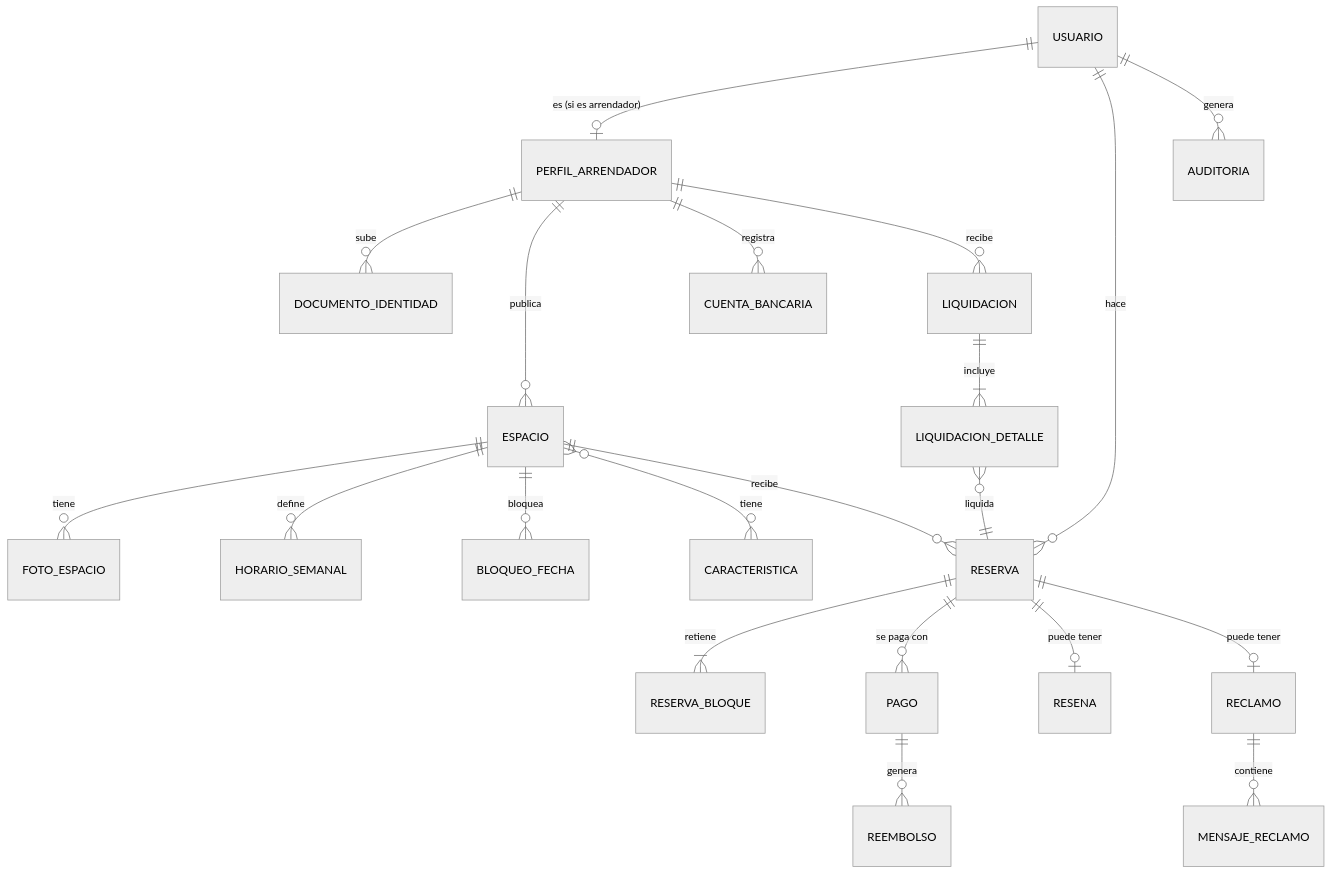
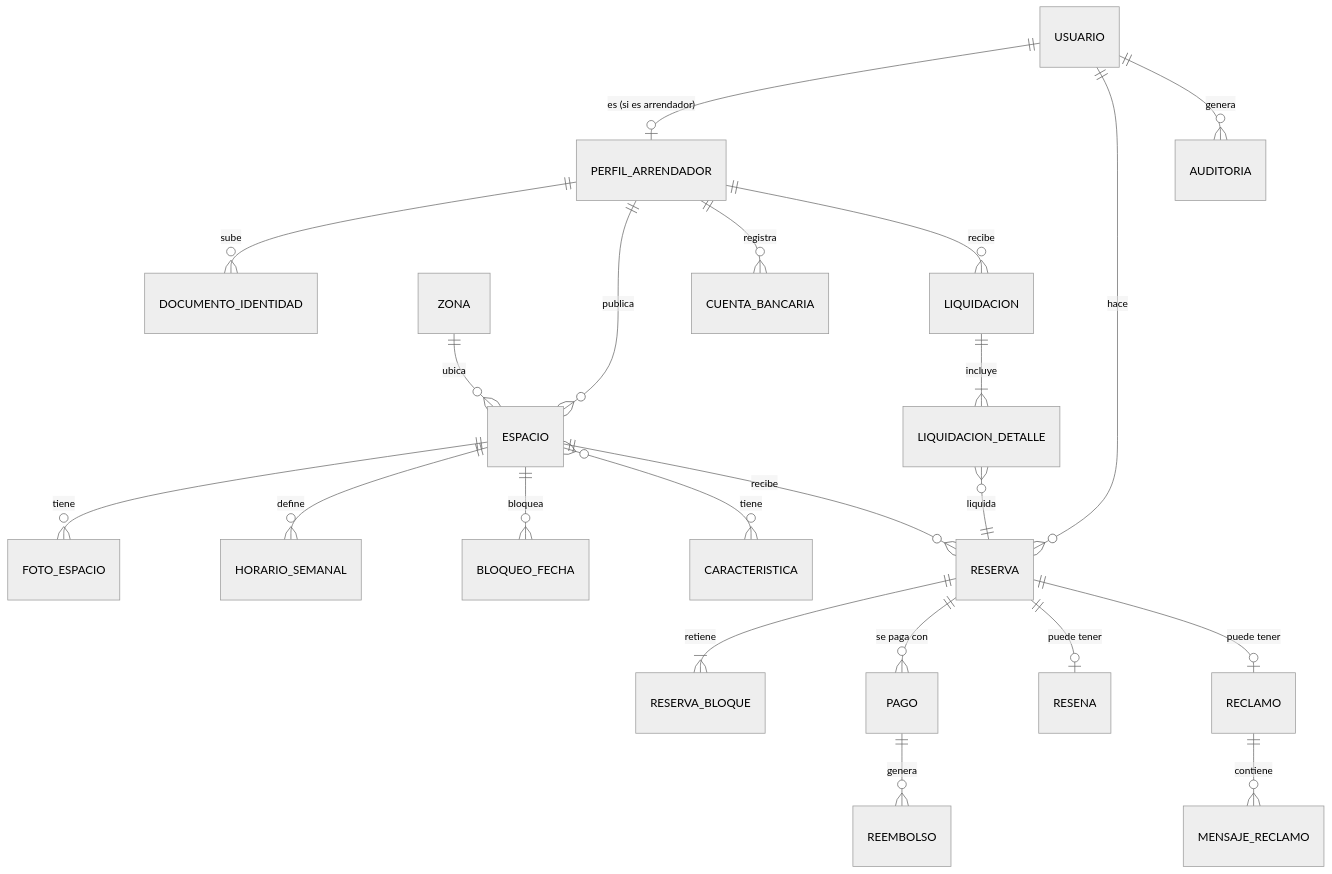
Before and after one commit to JorgeTQB/EspacioYa-Marketplace: the diagram in docs/modelo-datos.md, drawn with Mermaid (neutral theme). The commit also changed other lines of this file and 79 other files, not shown here.

````diff
--- a/docs/modelo-datos.md
+++ b/docs/modelo-datos.md
@@ -54,23 +57,24 @@
 ```mermaid
 erDiagram
   USUARIO ||--o| PERFIL_ARRENDADOR : "es (si es arrendador)"
   PERFIL_ARRENDADOR ||--o{ DOCUMENTO_IDENTIDAD : sube
   PERFIL_ARRENDADOR ||--o{ ESPACIO : publica
+  ZONA ||--o{ ESPACIO : ubica
   PERFIL_ARRENDADOR ||--o{ CUENTA_BANCARIA : registra
   PERFIL_ARRENDADOR ||--o{ LIQUIDACION : recibe
   ESPACIO ||--o{ FOTO_ESPACIO : tiene
   ESPACIO ||--o{ HORARIO_SEMANAL : define
   ESPACIO ||--o{ BLOQUEO_FECHA : bloquea
   ESPACIO }o--o{ CARACTERISTICA : tiene
   USUARIO ||--o{ RESERVA : hace
   ESPACIO ||--o{ RESERVA : recibe
   RESERVA ||--|{ RESERVA_BLOQUE : retiene
   RESERVA ||--o{ PAGO : "se paga con"
   PAGO ||--o{ REEMBOLSO : genera
   LIQUIDACION ||--|{ LIQUIDACION_DETALLE : incluye
   LIQUIDACION_DETALLE }o--|| RESERVA : liquida
   RESERVA ||--o| RESENA : "puede tener"
   RESERVA ||--o| RECLAMO : "puede tener"
   RECLAMO ||--o{ MENSAJE_RECLAMO : contiene
   USUARIO ||--o{ AUDITORIA : genera
 ```
````
